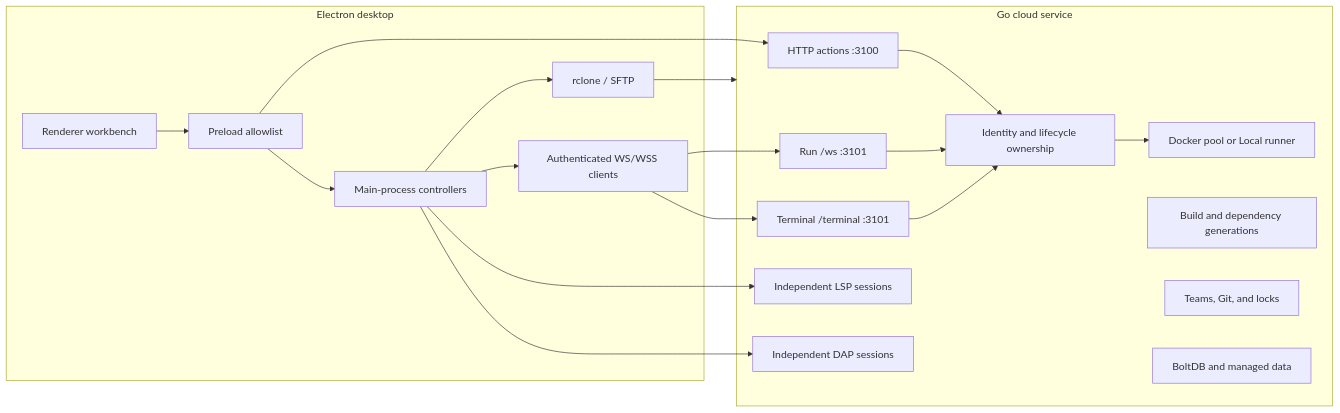
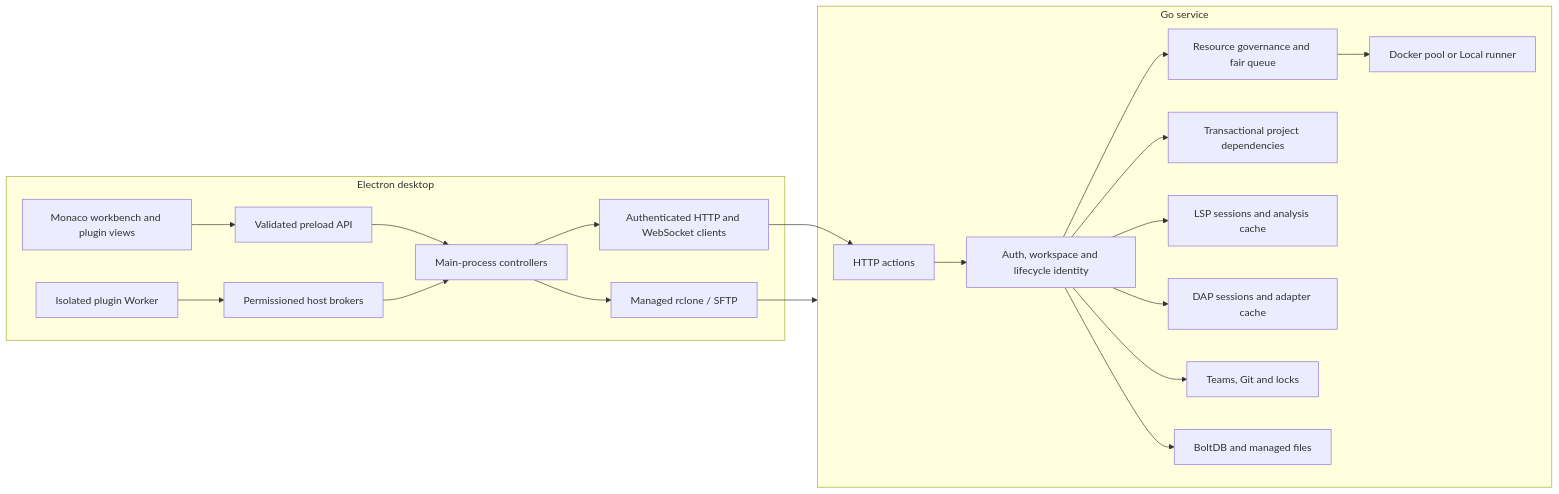
Before and after one commit to NemophilistJohn/BOBOcloud-A-cloud-based-remote-compilation-platform: the diagram in README.md, drawn with Mermaid. The commit also changed other lines of this file and 11 other files, not shown here.

````diff
--- a/README.md
+++ b/README.md
@@ -195,25 +302,21 @@
 ```mermaid
 flowchart LR
   subgraph Desktop["Electron desktop"]
-    UI["Renderer workbench"] --> IPC["Preload allowlist"] --> Main["Main-process controllers"]
-    Main --> Sync["rclone / SFTP"]
-    Main --> SecureWS["Authenticated WS/WSS clients"]
+    UI["Monaco workbench and plugin views"] --> Bridge["Validated preload API"] --> Main["Main-process controllers"]
+    Main --> Sync["Managed rclone / SFTP"]
+    Main --> Transport["Authenticated HTTP and WebSocket clients"]
+    Worker["Isolated plugin Worker"] --> Broker["Permissioned host brokers"] --> Main
   end
-  subgraph Cloud["Go cloud service"]
-    HTTP["HTTP actions :3100"] --> Lifecycle["Identity and lifecycle ownership"]
-    RunWS["Run /ws :3101"] --> Lifecycle
-    TermWS["Terminal /terminal :3101"] --> Lifecycle
-    Lifecycle --> Runtime["Docker pool or Local runner"]
-    LSP["Independent LSP sessions"]
-    DAP["Independent DAP sessions"]
-    Cache["Build and dependency generations"]
-    Team["Teams, Git, and locks"]
-    Data["BoltDB and managed data"]
+  subgraph Service["Go service"]
+    API["HTTP actions"] --> Identity["Auth, workspace and lifecycle identity"]
+    Identity --> Admission["Resource governance and fair queue"]
+    Admission --> Runtime["Docker pool or Local runner"]
+    Identity --> Dependencies["Transactional project dependencies"]
+    Identity --> LSP["LSP sessions and analysis cache"]
+    Identity --> DAP["DAP sessions and adapter cache"]
+    Identity --> Team["Teams, Git and locks"]
+    Identity --> Data["BoltDB and managed files"]
   end
-  Sync --> Cloud
-  IPC --> HTTP
-  SecureWS --> RunWS
-  SecureWS --> TermWS
-  Main --> LSP
-  Main --> DAP
+  Sync --> Service
+  Transport --> API
 ```
````
